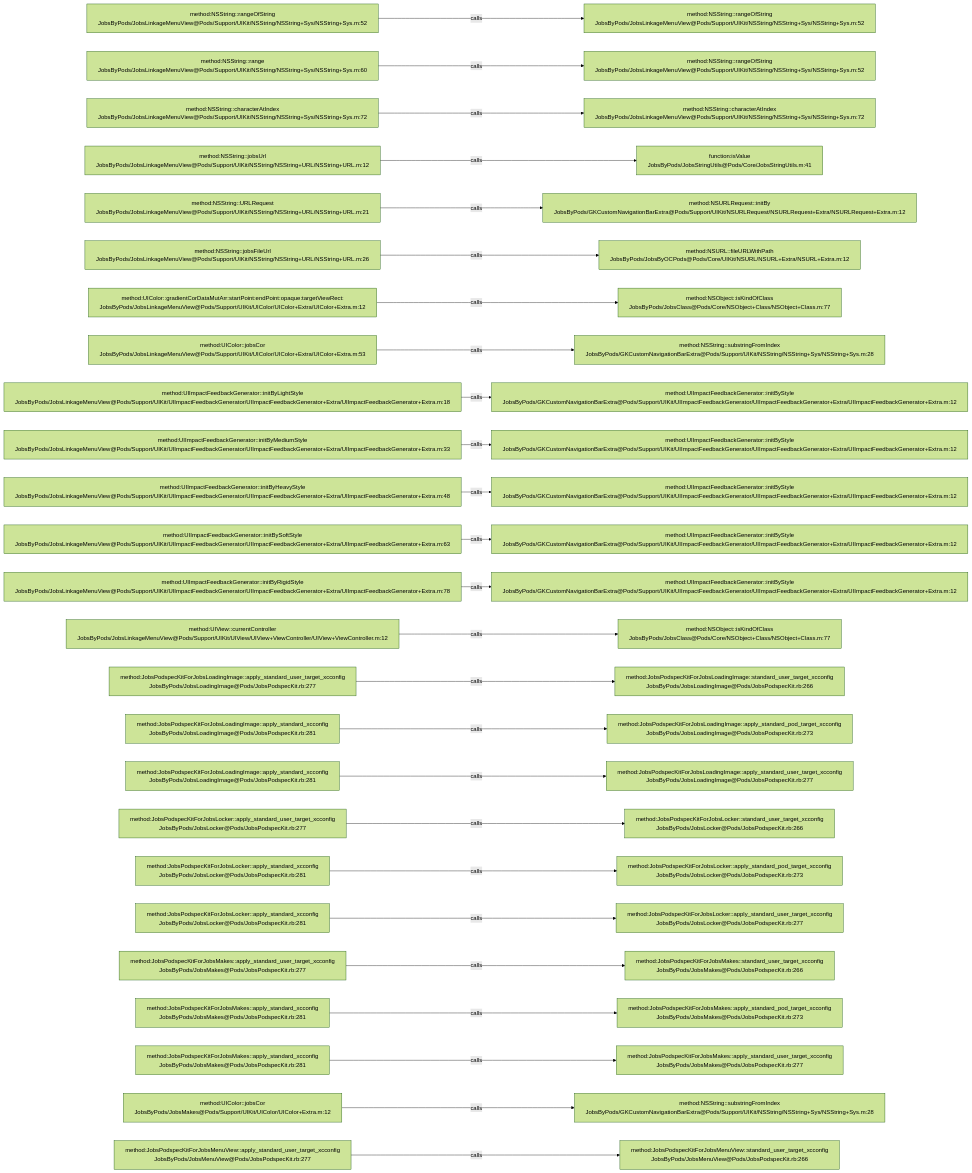
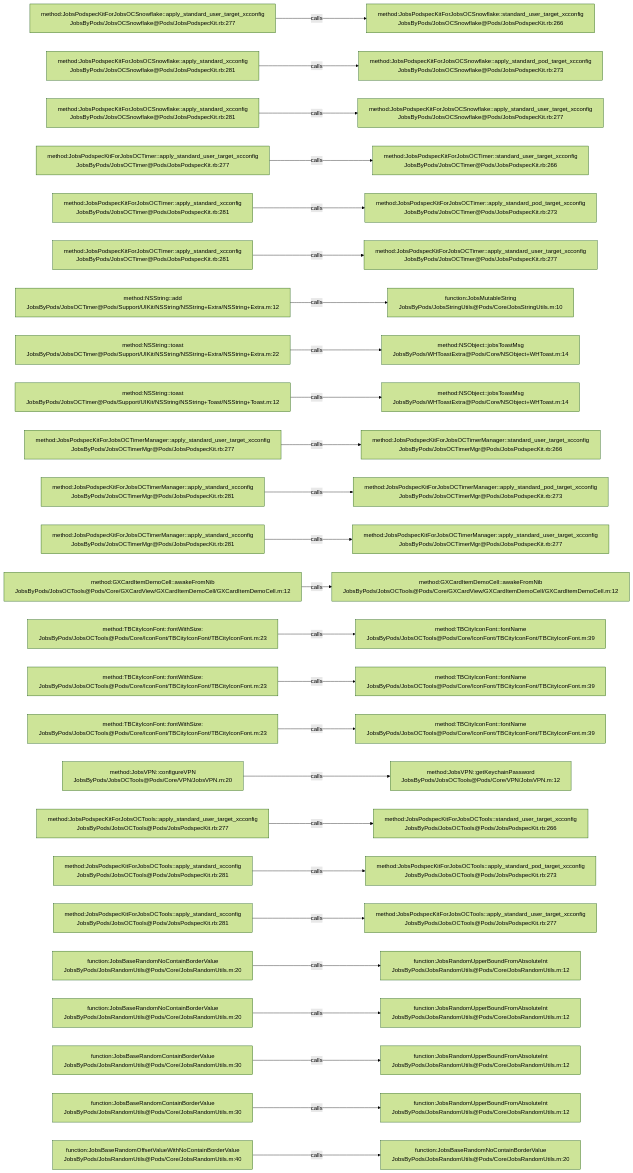
One commit to JobsKits/JobsOCBaseConfigDemo changed the diagram in .codegraph/codegraph.md/graphs/calls-014.md. Above: the diagram before and after it, drawn with Mermaid (forest theme). The commit also changed 1223 other files, not shown here.

````diff
--- a/.codegraph/codegraph.md/graphs/calls-014.md
+++ b/.codegraph/codegraph.md/graphs/calls-014.md
@@ -13,78 +13,78 @@
 ```mermaid
 flowchart LR
-  S1["method:NSString::rangeOfString<br/>JobsByPods/JobsLinkageMenuView@Pods/Support/UIKit/NSString/NSString+Sys/NSString+Sys.m:52"]
-  T1["method:NSString::rangeOfString<br/>JobsByPods/JobsLinkageMenuView@Pods/Support/UIKit/NSString/NSString+Sys/NSString+Sys.m:52"]
+  S1["method:JobsPodspecKitForJobsOCSnowflake::apply_standard_user_target_xcconfig<br/>JobsByPods/JobsOCSnowflake@Pods/JobsPodspecKit.rb:277"]
+  T1["method:JobsPodspecKitForJobsOCSnowflake::standard_user_target_xcconfig<br/>JobsByPods/JobsOCSnowflake@Pods/JobsPodspecKit.rb:266"]
   S1 -->|calls| T1
-  S2["method:NSString::range<br/>JobsByPods/JobsLinkageMenuView@Pods/Support/UIKit/NSString/NSString+Sys/NSString+Sys.m:60"]
-  T2["method:NSString::rangeOfString<br/>JobsByPods/JobsLinkageMenuView@Pods/Support/UIKit/NSString/NSString+Sys/NSString+Sys.m:52"]
+  S2["method:JobsPodspecKitForJobsOCSnowflake::apply_standard_xcconfig<br/>JobsByPods/JobsOCSnowflake@Pods/JobsPodspecKit.rb:281"]
+  T2["method:JobsPodspecKitForJobsOCSnowflake::apply_standard_pod_target_xcconfig<br/>JobsByPods/JobsOCSnowflake@Pods/JobsPodspecKit.rb:273"]
   S2 -->|calls| T2
-  S3["method:NSString::characterAtIndex<br/>JobsByPods/JobsLinkageMenuView@Pods/Support/UIKit/NSString/NSString+Sys/NSString+Sys.m:72"]
-  T3["method:NSString::characterAtIndex<br/>JobsByPods/JobsLinkageMenuView@Pods/Support/UIKit/NSString/NSString+Sys/NSString+Sys.m:72"]
+  S3["method:JobsPodspecKitForJobsOCSnowflake::apply_standard_xcconfig<br/>JobsByPods/JobsOCSnowflake@Pods/JobsPodspecKit.rb:281"]
+  T3["method:JobsPodspecKitForJobsOCSnowflake::apply_standard_user_target_xcconfig<br/>JobsByPods/JobsOCSnowflake@Pods/JobsPodspecKit.rb:277"]
   S3 -->|calls| T3
-  S4["method:NSString::jobsUrl<br/>JobsByPods/JobsLinkageMenuView@Pods/Support/UIKit/NSString/NSString+URL/NSString+URL.m:12"]
-  T4["function:isValue<br/>JobsByPods/JobsStringUtils@Pods/Core/JobsStringUtils.m:41"]
+  S4["method:JobsPodspecKitForJobsOCTimer::apply_standard_user_target_xcconfig<br/>JobsByPods/JobsOCTimer@Pods/JobsPodspecKit.rb:277"]
+  T4["method:JobsPodspecKitForJobsOCTimer::standard_user_target_xcconfig<br/>JobsByPods/JobsOCTimer@Pods/JobsPodspecKit.rb:266"]
   S4 -->|calls| T4
-  S5["method:NSString::URLRequest<br/>JobsByPods/JobsLinkageMenuView@Pods/Support/UIKit/NSString/NSString+URL/NSString+URL.m:21"]
-  T5["method:NSURLRequest::initBy<br/>JobsByPods/GKCustomNavigationBarExtra@Pods/Support/UIKit/NSURLRequest/NSURLRequest+Extra/NSURLRequest+Extra.m:12"]
+  S5["method:JobsPodspecKitForJobsOCTimer::apply_standard_xcconfig<br/>JobsByPods/JobsOCTimer@Pods/JobsPodspecKit.rb:281"]
+  T5["method:JobsPodspecKitForJobsOCTimer::apply_standard_pod_target_xcconfig<br/>JobsByPods/JobsOCTimer@Pods/JobsPodspecKit.rb:273"]
   S5 -->|calls| T5
-  S6["method:NSString::jobsFileUrl<br/>JobsByPods/JobsLinkageMenuView@Pods/Support/UIKit/NSString/NSString+URL/NSString+URL.m:26"]
-  T6["method:NSURL::fileURLWithPath<br/>JobsByPods/JobsByOCPods@Pods/Core/UIKit/NSURL/NSURL+Extra/NSURL+Extra.m:12"]
+  S6["method:JobsPodspecKitForJobsOCTimer::apply_standard_xcconfig<br/>JobsByPods/JobsOCTimer@Pods/JobsPodspecKit.rb:281"]
+  T6["method:JobsPodspecKitForJobsOCTimer::apply_standard_user_target_xcconfig<br/>JobsByPods/JobsOCTimer@Pods/JobsPodspecKit.rb:277"]
   S6 -->|calls| T6
-  S7["method:UIColor::gradientCorDataMutArr:startPoint:endPoint:opaque:targetViewRect:<br/>JobsByPods/JobsLinkageMenuView@Pods/Support/UIKit/UIColor/UIColor+Extra/UIColor+Extra.m:12"]
-  T7["method:NSObject::isKindOfClass<br/>JobsByPods/JobsClass@Pods/Core/NSObject+Class/NSObject+Class.m:77"]
+  S7["method:NSString::add<br/>JobsByPods/JobsOCTimer@Pods/Support/UIKit/NSString/NSString+Extra/NSString+Extra.m:12"]
+  T7["function:JobsMutableString<br/>JobsByPods/JobsStringUtils@Pods/Core/JobsStringUtils.m:10"]
   S7 -->|calls| T7
-  S8["method:UIColor::jobsCor<br/>JobsByPods/JobsLinkageMenuView@Pods/Support/UIKit/UIColor/UIColor+Extra/UIColor+Extra.m:53"]
-  T8["method:NSString::substringFromIndex<br/>JobsByPods/GKCustomNavigationBarExtra@Pods/Support/UIKit/NSString/NSString+Sys/NSString+Sys.m:28"]
+  S8["method:NSString::toast<br/>JobsByPods/JobsOCTimer@Pods/Support/UIKit/NSString/NSString+Extra/NSString+Extra.m:22"]
+  T8["method:NSObject::jobsToastMsg<br/>JobsByPods/WHToastExtra@Pods/Core/NSObject+WHToast.m:14"]
   S8 -->|calls| T8
-  S9["method:UIImpactFeedbackGenerator::initByLightStyle<br/>JobsByPods/JobsLinkageMenuView@Pods/Support/UIKit/UIImpactFeedbackGenerator/UIImpactFeedbackGenerator+Extra/UIImpactFeedbackGenerator+Extra.m:18"]
-  T9["method:UIImpactFeedbackGenerator::initByStyle<br/>JobsByPods/GKCustomNavigationBarExtra@Pods/Support/UIKit/UIImpactFeedbackGenerator/UIImpactFeedbackGenerator+Extra/UIImpactFeedbackGenerator+Extra.m:12"]
+  S9["method:NSString::toast<br/>JobsByPods/JobsOCTimer@Pods/Support/UIKit/NSString/NSString+Toast/NSString+Toast.m:12"]
+  T9["method:NSObject::jobsToastMsg<br/>JobsByPods/WHToastExtra@Pods/Core/NSObject+WHToast.m:14"]
   S9 -->|calls| T9
-  S10["method:UIImpactFeedbackGenerator::initByMediumStyle<br/>JobsByPods/JobsLinkageMenuView@Pods/Support/UIKit/UIImpactFeedbackGenerator/UIImpactFeedbackGenerator+Extra/UIImpactFeedbackGenerator+Extra.m:33"]
-  T10["method:UIImpactFeedbackGenerator::initByStyle<br/>JobsByPods/GKCustomNavigationBarExtra@Pods/Support/UIKit/UIImpactFeedbackGenerator/UIImpactFeedbackGenerator+Extra/UIImpactFeedbackGenerator+Extra.m:12"]
+  S10["method:JobsPodspecKitForJobsOCTimerManager::apply_standard_user_target_xcconfig<br/>JobsByPods/JobsOCTimerMgr@Pods/JobsPodspecKit.rb:277"]
+  T10["method:JobsPodspecKitForJobsOCTimerManager::standard_user_target_xcconfig<br/>JobsByPods/JobsOCTimerMgr@Pods/JobsPodspecKit.rb:266"]
   S10 -->|calls| T10
-  S11["method:UIImpactFeedbackGenerator::initByHeavyStyle<br/>JobsByPods/JobsLinkageMenuView@Pods/Support/UIKit/UIImpactFeedbackGenerator/UIImpactFeedbackGenerator+Extra/UIImpactFeedbackGenerator+Extra.m:48"]
-  T11["method:UIImpactFeedbackGenerator::initByStyle<br/>JobsByPods/GKCustomNavigationBarExtra@Pods/Support/UIKit/UIImpactFeedbackGenerator/UIImpactFeedbackGenerator+Extra/UIImpactFeedbackGenerator+Extra.m:12"]
+  S11["method:JobsPodspecKitForJobsOCTimerManager::apply_standard_xcconfig<br/>JobsByPods/JobsOCTimerMgr@Pods/JobsPodspecKit.rb:281"]
+  T11["method:JobsPodspecKitForJobsOCTimerManager::apply_standard_pod_target_xcconfig<br/>JobsByPods/JobsOCTimerMgr@Pods/JobsPodspecKit.rb:273"]
   S11 -->|calls| T11
-  S12["method:UIImpactFeedbackGenerator::initBySoftStyle<br/>JobsByPods/JobsLinkageMenuView@Pods/Support/UIKit/UIImpactFeedbackGenerator/UIImpactFeedbackGenerator+Extra/UIImpactFeedbackGenerator+Extra.m:63"]
-  T12["method:UIImpactFeedbackGenerator::initByStyle<br/>JobsByPods/GKCustomNavigationBarExtra@Pods/Support/UIKit/UIImpactFeedbackGenerator/UIImpactFeedbackGenerator+Extra/UIImpactFeedbackGenerator+Extra.m:12"]
+  S12["method:JobsPodspecKitForJobsOCTimerManager::apply_standard_xcconfig<br/>JobsByPods/JobsOCTimerMgr@Pods/JobsPodspecKit.rb:281"]
+  T12["method:JobsPodspecKitForJobsOCTimerManager::apply_standard_user_target_xcconfig<br/>JobsByPods/JobsOCTimerMgr@Pods/JobsPodspecKit.rb:277"]
   S12 -->|calls| T12
-  S13["method:UIImpactFeedbackGenerator::initByRigidStyle<br/>JobsByPods/JobsLinkageMenuView@Pods/Support/UIKit/UIImpactFeedbackGenerator/UIImpactFeedbackGenerator+Extra/UIImpactFeedbackGenerator+Extra.m:78"]
-  T13["method:UIImpactFeedbackGenerator::initByStyle<br/>JobsByPods/GKCustomNavigationBarExtra@Pods/Support/UIKit/UIImpactFeedbackGenerator/UIImpactFeedbackGenerator+Extra/UIImpactFeedbackGenerator+Extra.m:12"]
+  S13["method:GXCardItemDemoCell::awakeFromNib<br/>JobsByPods/JobsOCTools@Pods/Core/GXCardView/GXCardItemDemoCell/GXCardItemDemoCell.m:12"]
+  T13["method:GXCardItemDemoCell::awakeFromNib<br/>JobsByPods/JobsOCTools@Pods/Core/GXCardView/GXCardItemDemoCell/GXCardItemDemoCell.m:12"]
   S13 -->|calls| T13
-  S14["method:UIView::currentController<br/>JobsByPods/JobsLinkageMenuView@Pods/Support/UIKit/UIView/UIView+ViewController/UIView+ViewController.m:12"]
-  T14["method:NSObject::isKindOfClass<br/>JobsByPods/JobsClass@Pods/Core/NSObject+Class/NSObject+Class.m:77"]
+  S14["method:TBCityIconFont::fontWithSize:<br/>JobsByPods/JobsOCTools@Pods/Core/IconFont/TBCityIconFont/TBCityIconFont.m:23"]
+  T14["method:TBCityIconFont::fontName<br/>JobsByPods/JobsOCTools@Pods/Core/IconFont/TBCityIconFont/TBCityIconFont.m:39"]
   S14 -->|calls| T14
-  S15["method:JobsPodspecKitForJobsLoadingImage::apply_standard_user_target_xcconfig<br/>JobsByPods/JobsLoadingImage@Pods/JobsPodspecKit.rb:277"]
-  T15["method:JobsPodspecKitForJobsLoadingImage::standard_user_target_xcconfig<br/>JobsByPods/JobsLoadingImage@Pods/JobsPodspecKit.rb:266"]
+  S15["method:TBCityIconFont::fontWithSize:<br/>JobsByPods/JobsOCTools@Pods/Core/IconFont/TBCityIconFont/TBCityIconFont.m:23"]
+  T15["method:TBCityIconFont::fontName<br/>JobsByPods/JobsOCTools@Pods/Core/IconFont/TBCityIconFont/TBCityIconFont.m:39"]
   S15 -->|calls| T15
-  S16["method:JobsPodspecKitForJobsLoadingImage::apply_standard_xcconfig<br/>JobsByPods/JobsLoadingImage@Pods/JobsPodspecKit.rb:281"]
-  T16["method:JobsPodspecKitForJobsLoadingImage::apply_standard_pod_target_xcconfig<br/>JobsByPods/JobsLoadingImage@Pods/JobsPodspecKit.rb:273"]
+  S16["method:TBCityIconFont::fontWithSize:<br/>JobsByPods/JobsOCTools@Pods/Core/IconFont/TBCityIconFont/TBCityIconFont.m:23"]
+  T16["method:TBCityIconFont::fontName<br/>JobsByPods/JobsOCTools@Pods/Core/IconFont/TBCityIconFont/TBCityIconFont.m:39"]
   S16 -->|calls| T16
-  S17["method:JobsPodspecKitForJobsLoadingImage::apply_standard_xcconfig<br/>JobsByPods/JobsLoadingImage@Pods/JobsPodspecKit.rb:281"]
-  T17["method:JobsPodspecKitForJobsLoadingImage::apply_standard_user_target_xcconfig<br/>JobsByPods/JobsLoadingImage@Pods/JobsPodspecKit.rb:277"]
+  S17["method:JobsVPN::configureVPN<br/>JobsByPods/JobsOCTools@Pods/Core/VPN/JobsVPN.m:20"]
+  T17["method:JobsVPN::getKeychainPassword<br/>JobsByPods/JobsOCTools@Pods/Core/VPN/JobsVPN.m:12"]
   S17 -->|calls| T17
-  S18["method:JobsPodspecKitForJobsLocker::apply_standard_user_target_xcconfig<br/>JobsByPods/JobsLocker@Pods/JobsPodspecKit.rb:277"]
-  T18["method:JobsPodspecKitForJobsLocker::standard_user_target_xcconfig<br/>JobsByPods/JobsLocker@Pods/JobsPodspecKit.rb:266"]
+  S18["method:JobsPodspecKitForJobsOCTools::apply_standard_user_target_xcconfig<br/>JobsByPods/JobsOCTools@Pods/JobsPodspecKit.rb:277"]
+  T18["method:JobsPodspecKitForJobsOCTools::standard_user_target_xcconfig<br/>JobsByPods/JobsOCTools@Pods/JobsPodspecKit.rb:266"]
   S18 -->|calls| T18
-  S19["method:JobsPodspecKitForJobsLocker::apply_standard_xcconfig<br/>JobsByPods/JobsLocker@Pods/JobsPodspecKit.rb:281"]
-  T19["method:JobsPodspecKitForJobsLocker::apply_standard_pod_target_xcconfig<br/>JobsByPods/JobsLocker@Pods/JobsPodspecKit.rb:273"]
+  S19["method:JobsPodspecKitForJobsOCTools::apply_standard_xcconfig<br/>JobsByPods/JobsOCTools@Pods/JobsPodspecKit.rb:281"]
+  T19["method:JobsPodspecKitForJobsOCTools::apply_standard_pod_target_xcconfig<br/>JobsByPods/JobsOCTools@Pods/JobsPodspecKit.rb:273"]
   S19 -->|calls| T19
-  S20["method:JobsPodspecKitForJobsLocker::apply_standard_xcconfig<br/>JobsByPods/JobsLocker@Pods/JobsPodspecKit.rb:281"]
-  T20["method:JobsPodspecKitForJobsLocker::apply_standard_user_target_xcconfig<br/>JobsByPods/JobsLocker@Pods/JobsPodspecKit.rb:277"]
+  S20["method:JobsPodspecKitForJobsOCTools::apply_standard_xcconfig<br/>JobsByPods/JobsOCTools@Pods/JobsPodspecKit.rb:281"]
+  T20["method:JobsPodspecKitForJobsOCTools::apply_standard_user_target_xcconfig<br/>JobsByPods/JobsOCTools@Pods/JobsPodspecKit.rb:277"]
   S20 -->|calls| T20
-  S21["method:JobsPodspecKitForJobsMakes::apply_standard_user_target_xcconfig<br/>JobsByPods/JobsMakes@Pods/JobsPodspecKit.rb:277"]
-  T21["method:JobsPodspecKitForJobsMakes::standard_user_target_xcconfig<br/>JobsByPods/JobsMakes@Pods/JobsPodspecKit.rb:266"]
+  S21["function:JobsBaseRandomNoContainBorderValue<br/>JobsByPods/JobsRandomUtils@Pods/Core/JobsRandomUtils.m:20"]
+  T21["function:JobsRandomUpperBoundFromAbsoluteInt<br/>JobsByPods/JobsRandomUtils@Pods/Core/JobsRandomUtils.m:12"]
   S21 -->|calls| T21
-  S22["method:JobsPodspecKitForJobsMakes::apply_standard_xcconfig<br/>JobsByPods/JobsMakes@Pods/JobsPodspecKit.rb:281"]
-  T22["method:JobsPodspecKitForJobsMakes::apply_standard_pod_target_xcconfig<br/>JobsByPods/JobsMakes@Pods/JobsPodspecKit.rb:273"]
+  S22["function:JobsBaseRandomNoContainBorderValue<br/>JobsByPods/JobsRandomUtils@Pods/Core/JobsRandomUtils.m:20"]
+  T22["function:JobsRandomUpperBoundFromAbsoluteInt<br/>JobsByPods/JobsRandomUtils@Pods/Core/JobsRandomUtils.m:12"]
   S22 -->|calls| T22
-  S23["method:JobsPodspecKitForJobsMakes::apply_standard_xcconfig<br/>JobsByPods/JobsMakes@Pods/JobsPodspecKit.rb:281"]
-  T23["method:JobsPodspecKitForJobsMakes::apply_standard_user_target_xcconfig<br/>JobsByPods/JobsMakes@Pods/JobsPodspecKit.rb:277"]
+  S23["function:JobsBaseRandomContainBorderValue<br/>JobsByPods/JobsRandomUtils@Pods/Core/JobsRandomUtils.m:30"]
+  T23["function:JobsRandomUpperBoundFromAbsoluteInt<br/>JobsByPods/JobsRandomUtils@Pods/Core/JobsRandomUtils.m:12"]
   S23 -->|calls| T23
-  S24["method:UIColor::jobsCor<br/>JobsByPods/JobsMakes@Pods/Support/UIKit/UIColor/UIColor+Extra.m:12"]
-  T24["method:NSString::substringFromIndex<br/>JobsByPods/GKCustomNavigationBarExtra@Pods/Support/UIKit/NSString/NSString+Sys/NSString+Sys.m:28"]
+  S24["function:JobsBaseRandomContainBorderValue<br/>JobsByPods/JobsRandomUtils@Pods/Core/JobsRandomUtils.m:30"]
+  T24["function:JobsRandomUpperBoundFromAbsoluteInt<br/>JobsByPods/JobsRandomUtils@Pods/Core/JobsRandomUtils.m:12"]
   S24 -->|calls| T24
-  S25["method:JobsPodspecKitForJobsMenuView::apply_standard_user_target_xcconfig<br/>JobsByPods/JobsMenuView@Pods/JobsPodspecKit.rb:277"]
-  T25["method:JobsPodspecKitForJobsMenuView::standard_user_target_xcconfig<br/>JobsByPods/JobsMenuView@Pods/JobsPodspecKit.rb:266"]
+  S25["function:JobsBaseRandomOffsetValueWithNoContainBorderValue<br/>JobsByPods/JobsRandomUtils@Pods/Core/JobsRandomUtils.m:40"]
+  T25["function:JobsBaseRandomNoContainBorderValue<br/>JobsByPods/JobsRandomUtils@Pods/Core/JobsRandomUtils.m:20"]
   S25 -->|calls| T25
 ```
````
